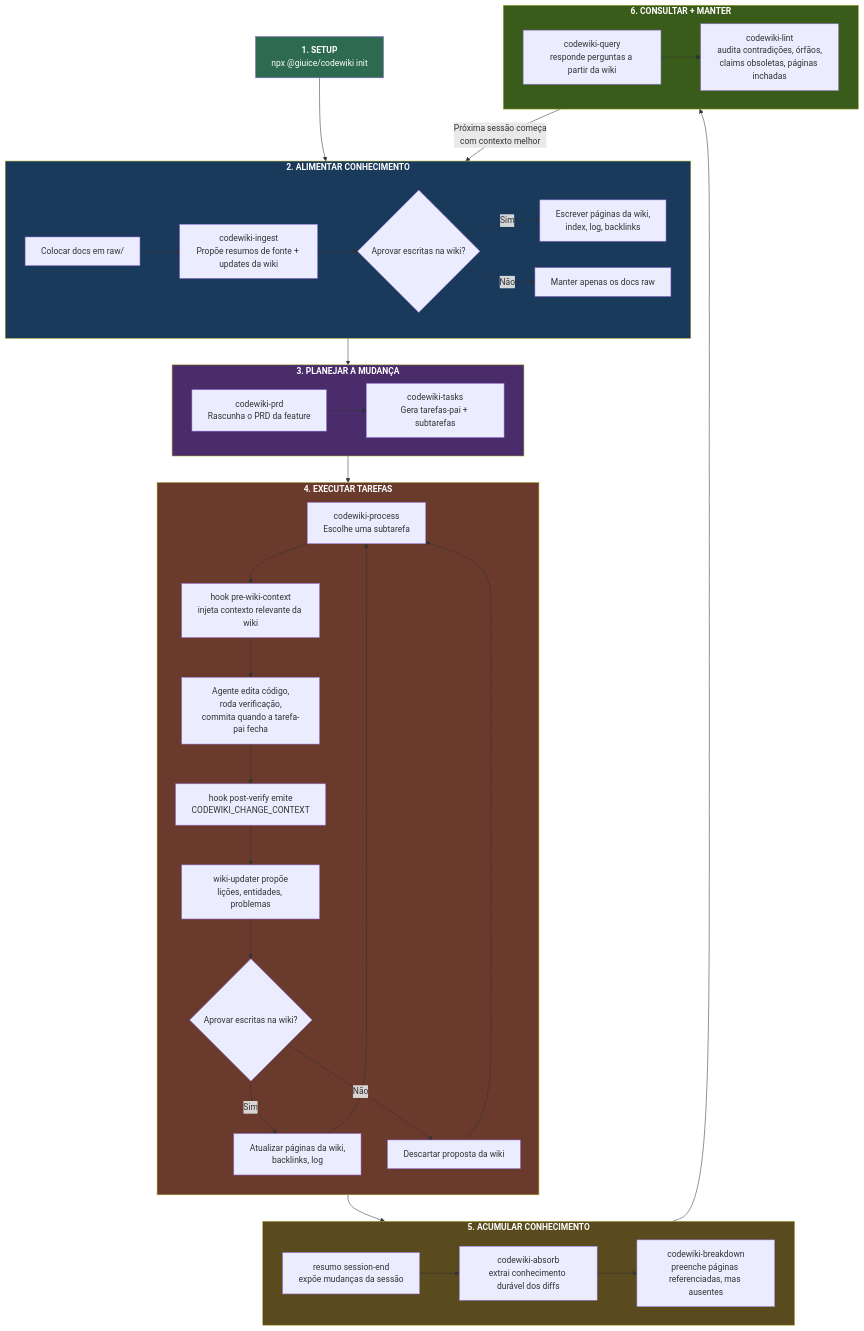
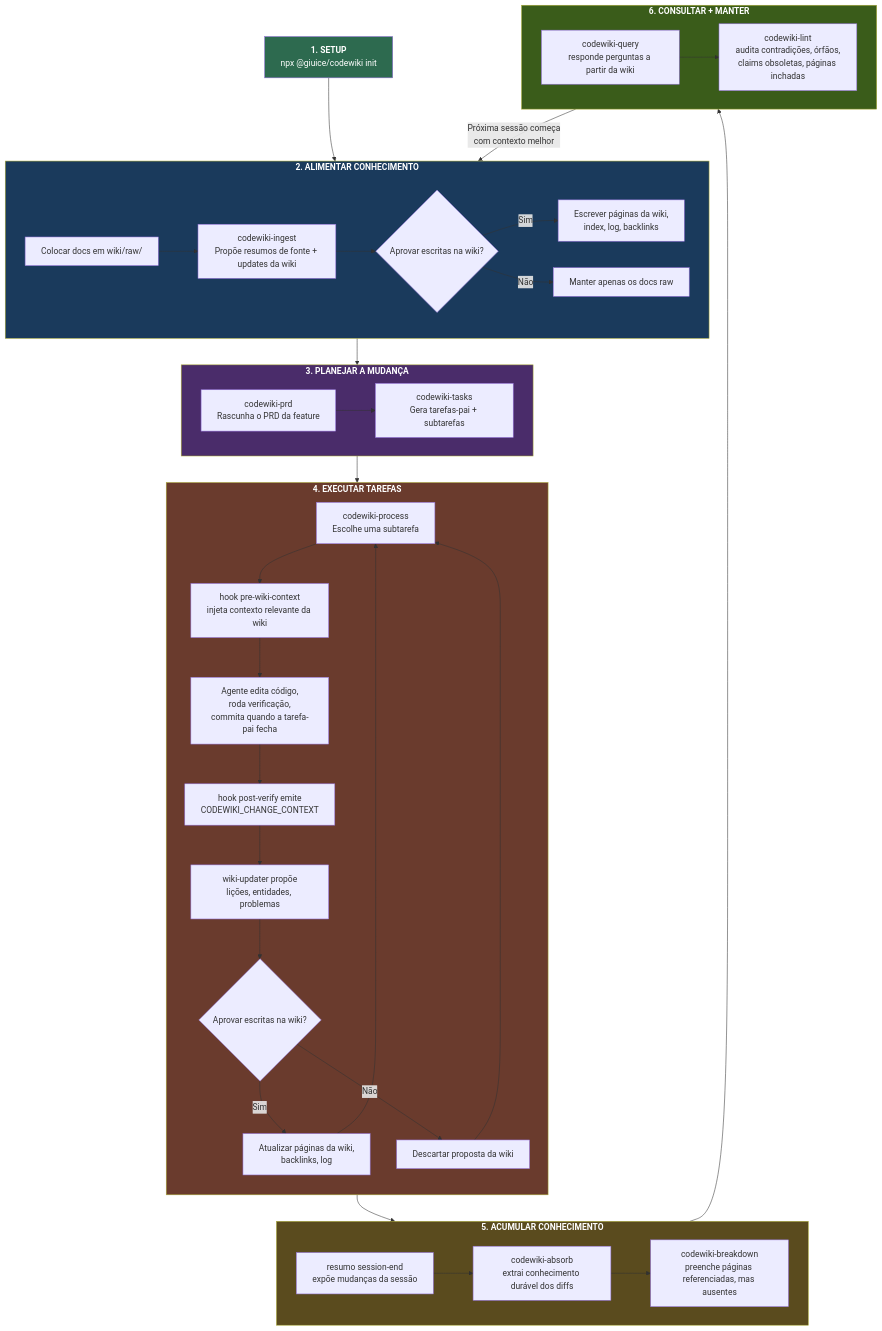
One commit to giuice/CodeWiki changed the first of 2 diagrams in README.pt-BR.md. Above: the diagram before and after it, drawn with Mermaid. The commit also changed other lines of this file and 43 other files, not shown here.

````diff
--- a/README.pt-BR.md
+++ b/README.pt-BR.md
@@ -25,58 +25,58 @@
 ```mermaid
 flowchart TD
   Init["<b>1. SETUP</b><br/>npx @giuice/codewiki init"] --> Feed
 
   subgraph Feed["<b>2. ALIMENTAR CONHECIMENTO</b>"]
     direction LR
-    F1["Colocar docs em raw/"] --> F2["codewiki-ingest<br/>Propõe resumos de fonte + updates da wiki"]
+    F1["Colocar docs em wiki/raw/"] --> F2["codewiki-ingest<br/>Propõe resumos de fonte + updates da wiki"]
     F2 --> F3{"Aprovar escritas na wiki?"}
     F3 -- "Sim" --> F4["Escrever páginas da wiki,<br/>index, log, backlinks"]
     F3 -- "Não" --> F5["Manter apenas os docs raw"]
   end
 
   Feed --> Plan
 
   subgraph Plan["<b>3. PLANEJAR A MUDANÇA</b>"]
     direction LR
     P1["codewiki-prd<br/>Rascunha o PRD da feature"] --> P2["codewiki-tasks<br/>Gera tarefas-pai + subtarefas"]
   end
 
   Plan --> Build
 
   subgraph Build["<b>4. EXECUTAR TAREFAS</b>"]
     direction TB
     B1["codewiki-process<br/>Escolhe uma subtarefa"] --> B2["hook pre-wiki-context<br/>injeta contexto relevante da wiki"]
     B2 --> B3["Agente edita código,<br/>roda verificação,<br/>commita quando a tarefa-pai fecha"]
     B3 --> B4["hook post-verify emite<br/>CODEWIKI_CHANGE_CONTEXT"]
     B4 --> B5["wiki-updater propõe<br/>lições, entidades, problemas"]
     B5 --> B6{"Aprovar escritas na wiki?"}
     B6 -- "Sim" --> B7["Atualizar páginas da wiki,<br/>backlinks, log"]
     B6 -- "Não" --> B8["Descartar proposta da wiki"]
     B7 --> B1
     B8 --> B1
   end
 
   Build --> Compound
 
   subgraph Compound["<b>5. ACUMULAR CONHECIMENTO</b>"]
     direction LR
     C1["resumo session-end<br/>expõe mudanças da sessão"] --> C2["codewiki-absorb<br/>extrai conhecimento durável dos diffs"]
     C2 --> C3["codewiki-breakdown<br/>preenche páginas referenciadas, mas ausentes"]
   end
 
   Compound --> Maintain
 
   subgraph Maintain["<b>6. CONSULTAR + MANTER</b>"]
     direction LR
     M1["codewiki-query<br/>responde perguntas a partir da wiki"] --> M2["codewiki-lint<br/>audita contradições, órfãos,<br/>claims obsoletas, páginas inchadas"]
   end
 
   Maintain -->|"Próxima sessão começa<br/>com contexto melhor"| Feed
 
   style Init fill:#2d6a4f,color:#fff
   style Feed fill:#1a3a5c,color:#fff
   style Plan fill:#4a2c6a,color:#fff
   style Build fill:#6a3b2d,color:#fff
   style Compound fill:#5a4b1e,color:#fff
   style Maintain fill:#3a5c1a,color:#fff
 ```
````
